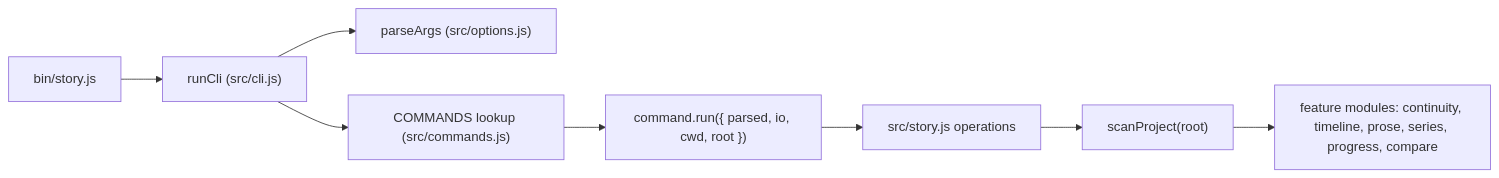
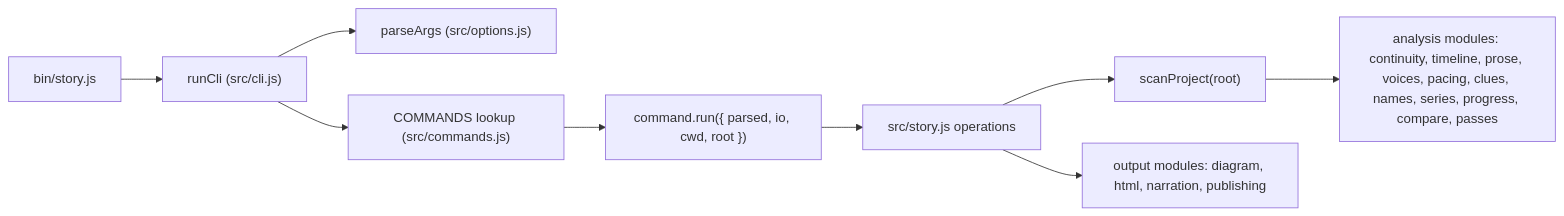
Before and after one commit to danjdewhurst/story-skills: the diagram in docs/development.md, drawn with Mermaid. The commit also changed other lines of this file and 13 other files, not shown here.

````diff
--- a/docs/development.md
+++ b/docs/development.md
@@ -89,10 +89,11 @@
 ```mermaid
 flowchart LR
   A["bin/story.js"] --> B["runCli (src/cli.js)"]
   B --> C["parseArgs (src/options.js)"]
   B --> D["COMMANDS lookup (src/commands.js)"]
   D --> E["command.run({ parsed, io, cwd, root })"]
   E --> F["src/story.js operations"]
   F --> G["scanProject(root)"]
-  G --> H["feature modules: continuity, timeline, prose, series, progress, compare"]
+  G --> H["analysis modules: continuity, timeline, prose, voices, pacing, clues, names, series, progress, compare, passes"]
+  F --> I["output modules: diagram, html, narration, publishing"]
 ```
````
